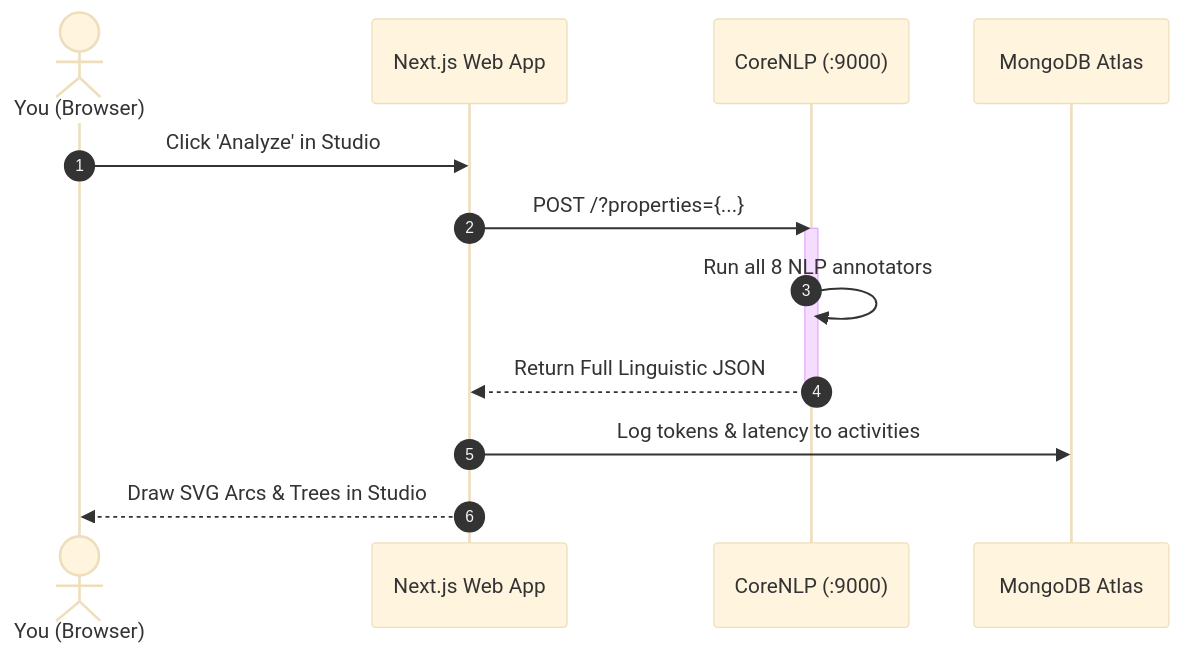
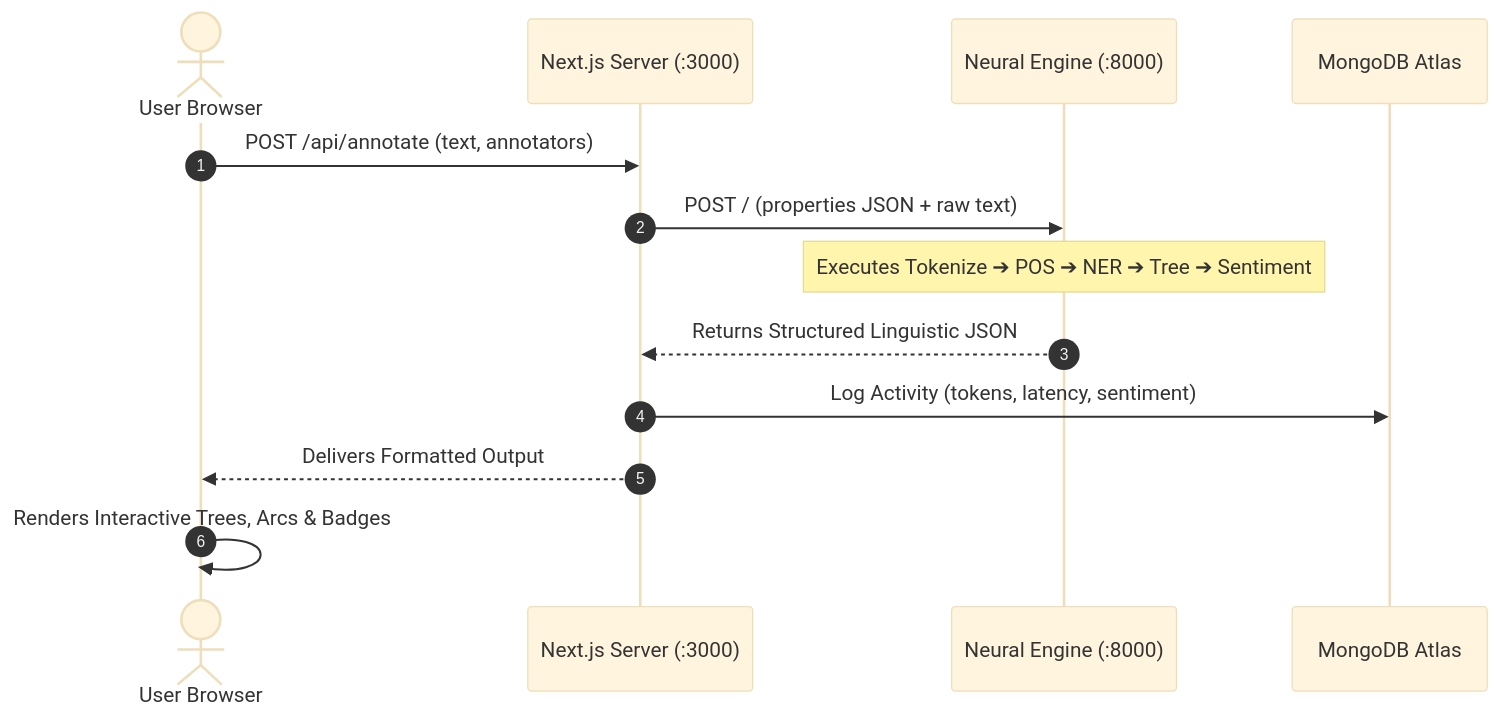
Before and after one commit to Shaik673/Textra: the fifth of 5 diagrams in README.md, drawn with Mermaid (base theme). The commit also changed other lines of this file and 26 other files, not shown here.

Commit message:
feat: enforce 24h protected routes, multi-format file OCR, PDF report export, and rebrand to Textra Neural Engine

````diff
--- a/README.md
+++ b/README.md
@@ -370,17 +366,16 @@
 ```mermaid
 sequenceDiagram
   autonumber
-  actor User as You (Browser)
-  participant App as Next.js Web App
-  participant Engine as CoreNLP (:9000)
+  actor User as User Browser
+  participant Next as Next.js Server (:3000)
+  participant Engine as Neural Engine (:8000)
   participant DB as MongoDB Atlas
 
-  User->>App: Click 'Analyze' in Studio
-  App->>Engine: POST /?properties={...}
-  activate Engine
-  Engine->>Engine: Run all 8 NLP annotators
-  Engine-->>App: Return Full Linguistic JSON
-  deactivate Engine
-  App->>DB: Log tokens & latency to activities
-  App-->>User: Draw SVG Arcs & Trees in Studio
+  User->>Next: POST /api/annotate (text, annotators)
+  Next->>Engine: POST / (properties JSON + raw text)
+  Note over Engine: Executes Tokenize ➔ POS ➔ NER ➔ Tree ➔ Sentiment
+  Engine-->>Next: Returns Structured Linguistic JSON
+  Next->>DB: Log Activity (tokens, latency, sentiment)
+  Next-->>User: Delivers Formatted Output
+  User->>User: Renders Interactive Trees, Arcs & Badges
 ```
````
